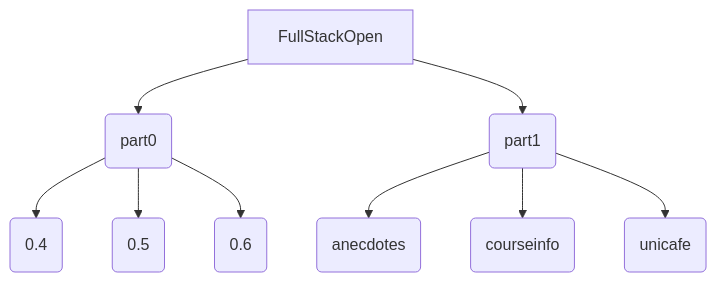
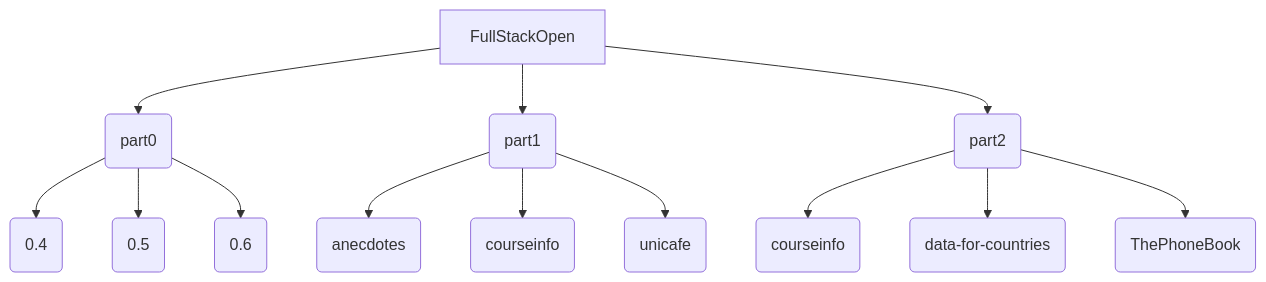
The diagram in README.md (sidbX/fso), drawn with Mermaid before and after one commit.

````diff
--- a/README.md
+++ b/README.md
@@ -5,12 +5,18 @@
 ```mermaid
     flowchart TB
         A[FullStackOpen] --> B(part0)
         B --> C(0.4)
         B --> D(0.5)
         B --> E(0.6)
 
         A --> F(part1)
         F --> G(anecdotes)
         F --> H(courseinfo)
         F --> I(unicafe)
+
+        A --> J(part2)
+        J--> K(courseinfo)
+        J--> L(data-for-countries)
+        J--> M(ThePhoneBook)
+
 ```
````
